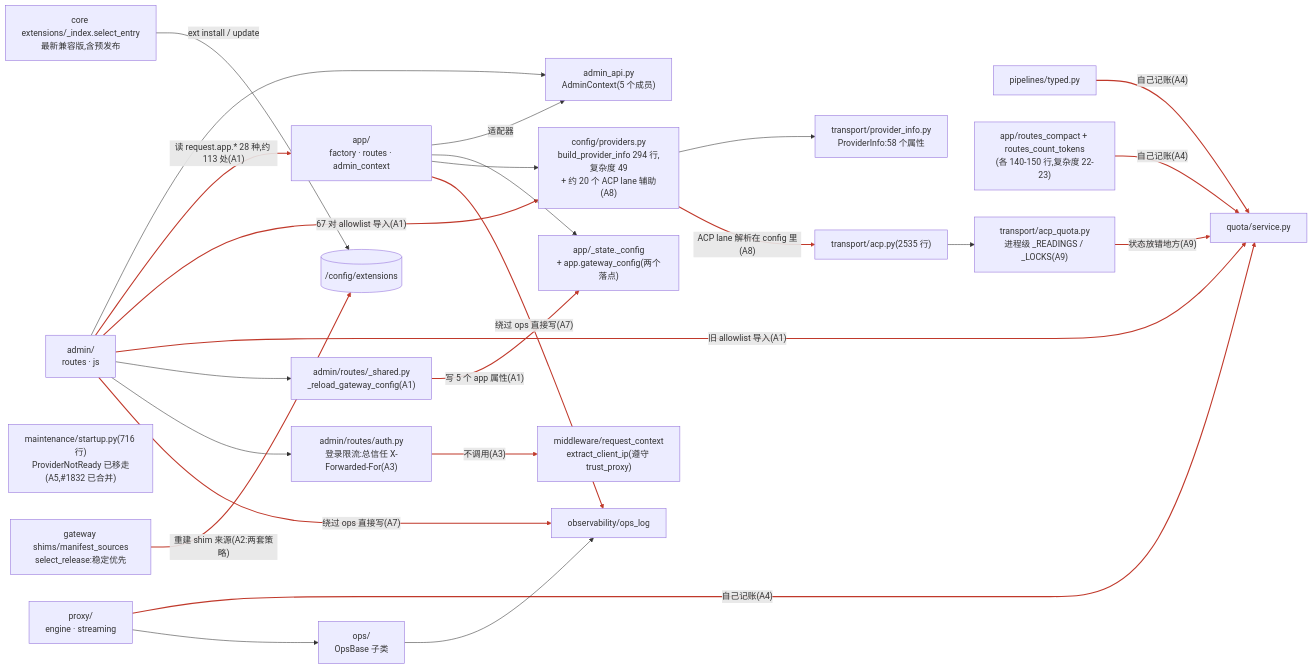
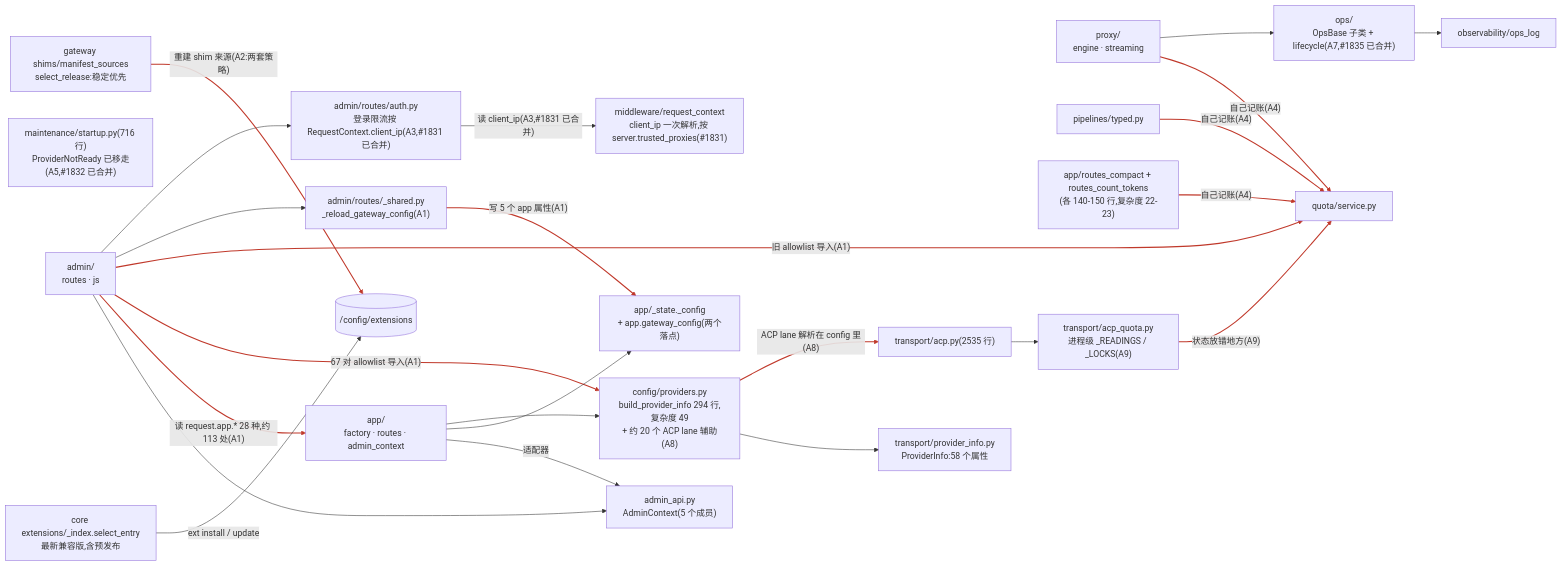
One commit to Oaklight/llm-rosetta changed the diagram in gap_actual.mmd. Above: the diagram before and after it, drawn with Mermaid. The commit also changed 4 other files, not shown here.

Commit message:
diagrams: client_ip resolved once with server.trusted_proxies, lifecycle audit through ops (#1831, #1835)

```diff
--- a/gap_actual.mmd
+++ b/gap_actual.mmd
@@ -1,47 +1,45 @@
 flowchart LR
   ADMIN["admin/<br/>routes · js"]
   ADMINAPI["admin_api.py<br/>AdminContext(5 个成员)"]
   APP["app/<br/>factory · routes · admin_context"]
   STATE["app/_state._config<br/>+ app.gateway_config(两个落点)"]
   RELOAD["admin/routes/_shared.py<br/>_reload_gateway_config(A1)"]
-  LOGIN["admin/routes/auth.py<br/>登录限流:总信任 X-Forwarded-For(A3)"]
-  MWCTX["middleware/request_context<br/>extract_client_ip(遵守 trust_proxy)"]
+  LOGIN["admin/routes/auth.py<br/>登录限流按 RequestContext.client_ip(A3,#1831 已合并)"]
+  MWCTX["middleware/request_context<br/>client_ip 一次解析,按 server.trusted_proxies(#1831)"]
   PROXY["proxy/<br/>engine · streaming"]
   PIPES["pipelines/typed.py"]
   RELAY["app/routes_compact + routes_count_tokens<br/>(各 140-150 行,复杂度 22-23)"]
   CONFIG["config/providers.py<br/>build_provider_info 294 行,复杂度 49<br/>+ 约 20 个 ACP lane 辅助(A8)"]
   PINFO["transport/provider_info.py<br/>ProviderInfo:58 个属性"]
   TRANSPORT["transport/acp.py(2535 行)"]
   ACPQ["transport/acp_quota.py<br/>进程级 _READINGS / _LOCKS(A9)"]
   QUOTA["quota/service.py"]
   MAINT["maintenance/startup.py(716 行)<br/>ProviderNotReady 已移走(A5,#1832 已合并)"]
-  OPS["ops/<br/>OpsBase 子类"]
+  OPS["ops/<br/>OpsBase 子类 + lifecycle(A7,#1835 已合并)"]
   OPSLOG["observability/ops_log"]
   EXTCORE["core extensions/_index.select_entry<br/>最新兼容版,含预发布"]
   EXTGW["gateway shims/manifest_sources<br/>select_release:稳定优先"]
   EXTDIR[("/config/extensions")]
   ADMIN --> ADMINAPI
   APP -->|"适配器"| ADMINAPI
   ADMIN -->|"读 request.app.* 28 种,约 113 处(A1)"| APP
   ADMIN -->|"67 对 allowlist 导入(A1)"| CONFIG
   ADMIN -->|"旧 allowlist 导入(A1)"| QUOTA
   ADMIN --> RELOAD
   RELOAD -->|"写 5 个 app 属性(A1)"| STATE
   APP --> STATE
   ADMIN --> LOGIN
-  LOGIN -->|"不调用(A3)"| MWCTX
+  LOGIN -->|"读 client_ip(A3,#1831 已合并)"| MWCTX
   PROXY -->|"自己记账(A4)"| QUOTA
   PIPES -->|"自己记账(A4)"| QUOTA
   RELAY -->|"自己记账(A4)"| QUOTA
   APP --> CONFIG
   CONFIG --> PINFO
   CONFIG -->|"ACP lane 解析在 config 里(A8)"| TRANSPORT
   TRANSPORT --> ACPQ
   ACPQ -->|"状态放错地方(A9)"| QUOTA
   PROXY --> OPS
   OPS --> OPSLOG
-  ADMIN -->|"绕过 ops 直接写(A7)"| OPSLOG
-  APP -->|"绕过 ops 直接写(A7)"| OPSLOG
   EXTCORE -->|"ext install / update"| EXTDIR
   EXTGW -->|"重建 shim 来源(A2:两套策略)"| EXTDIR
-  linkStyle 2,3,4,6,9,10,11,12,15,17,20,21,23 stroke:#c0392b,stroke-width:2px
+  linkStyle 2,3,4,6,10,11,12,15,17,21 stroke:#c0392b,stroke-width:2px
```
